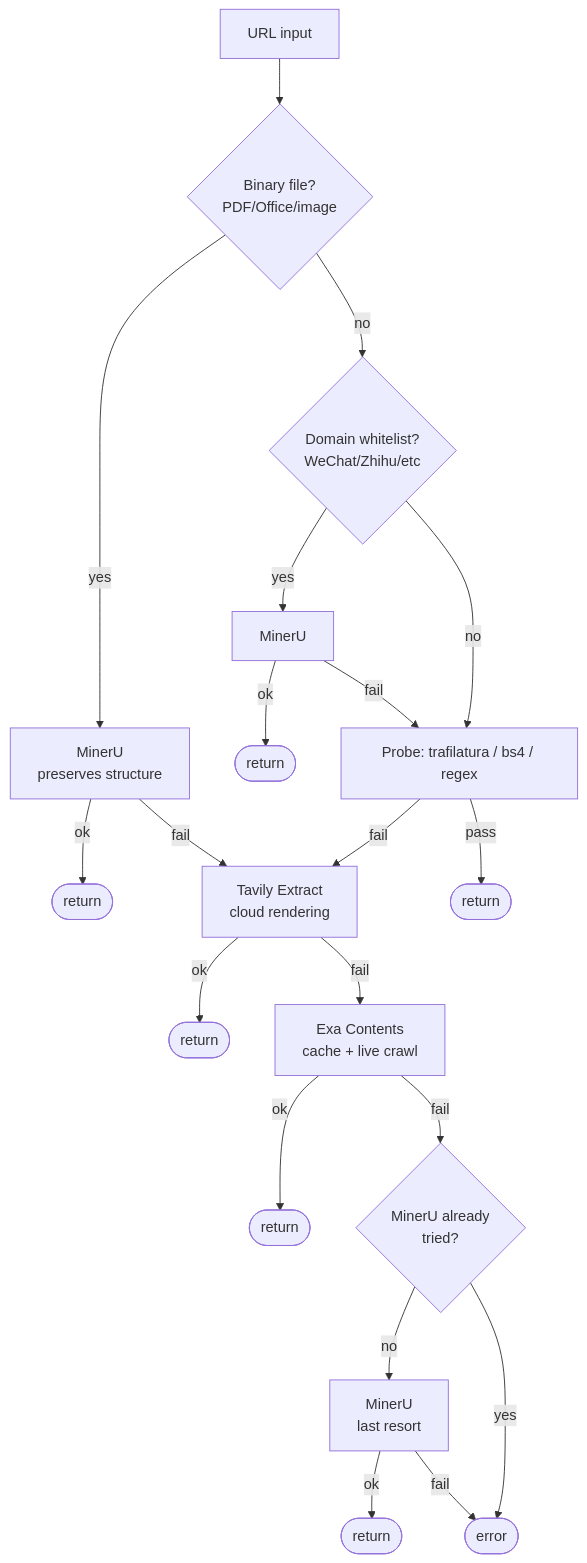
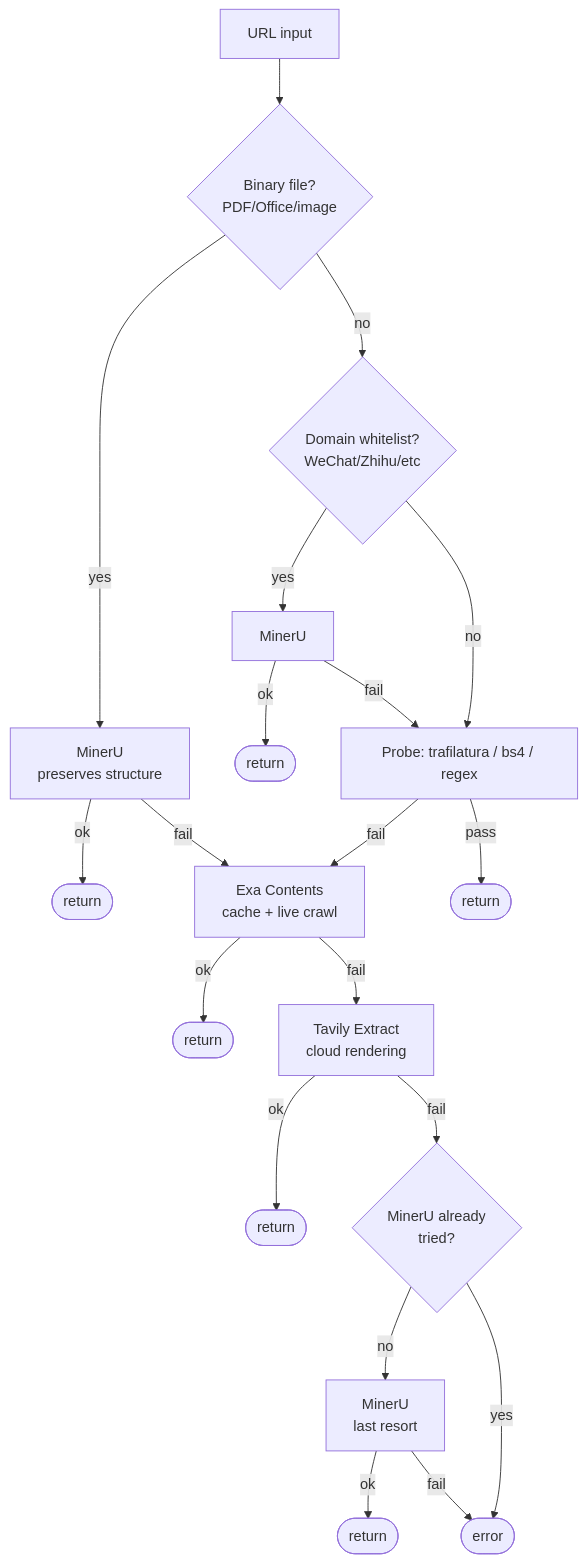
The diagram in plugins/search-skills/skills/content-extract/README.md (liunice/claude-code-plugins), drawn with Mermaid before and after one commit. The commit also changed other lines of this file and 4 other files, not shown here.

First line of the commit message:
refactor(search-skills): swap Exa/Tavily order, fix whitelist loader, clean up docs

````diff
--- a/plugins/search-skills/skills/content-extract/README.md
+++ b/plugins/search-skills/skills/content-extract/README.md
@@ -7,25 +7,25 @@
 ```mermaid
 flowchart TD
     A[URL input] --> B{Binary file?<br/>PDF/Office/image}
     B -- yes --> M1[MinerU<br/>preserves structure]
     M1 -- ok --> R1([return])
-    M1 -- fail --> T
+    M1 -- fail --> E
 
     B -- no --> C{Domain whitelist?<br/>WeChat/Zhihu/etc}
     C -- yes --> M2[MinerU]
     M2 -- ok --> R2([return])
     M2 -- fail --> P
 
     C -- no --> P[Probe: trafilatura / bs4 / regex]
     P -- pass --> R3([return])
-    P -- fail --> T
+    P -- fail --> E
 
-    T[Tavily Extract<br/>cloud rendering] -- ok --> R4([return])
-    T -- fail --> E[Exa Contents<br/>cache + live crawl]
-    E -- ok --> R5([return])
-    E -- fail --> D{MinerU already<br/>tried?}
+    E[Exa Contents<br/>cache + live crawl] -- ok --> R4([return])
+    E -- fail --> T[Tavily Extract<br/>cloud rendering]
+    T -- ok --> R5([return])
+    T -- fail --> D{MinerU already<br/>tried?}
     D -- no --> M3[MinerU<br/>last resort]
     M3 -- ok --> R6([return])
     M3 -- fail --> ERR([error])
     D -- yes --> ERR
 ```
````
